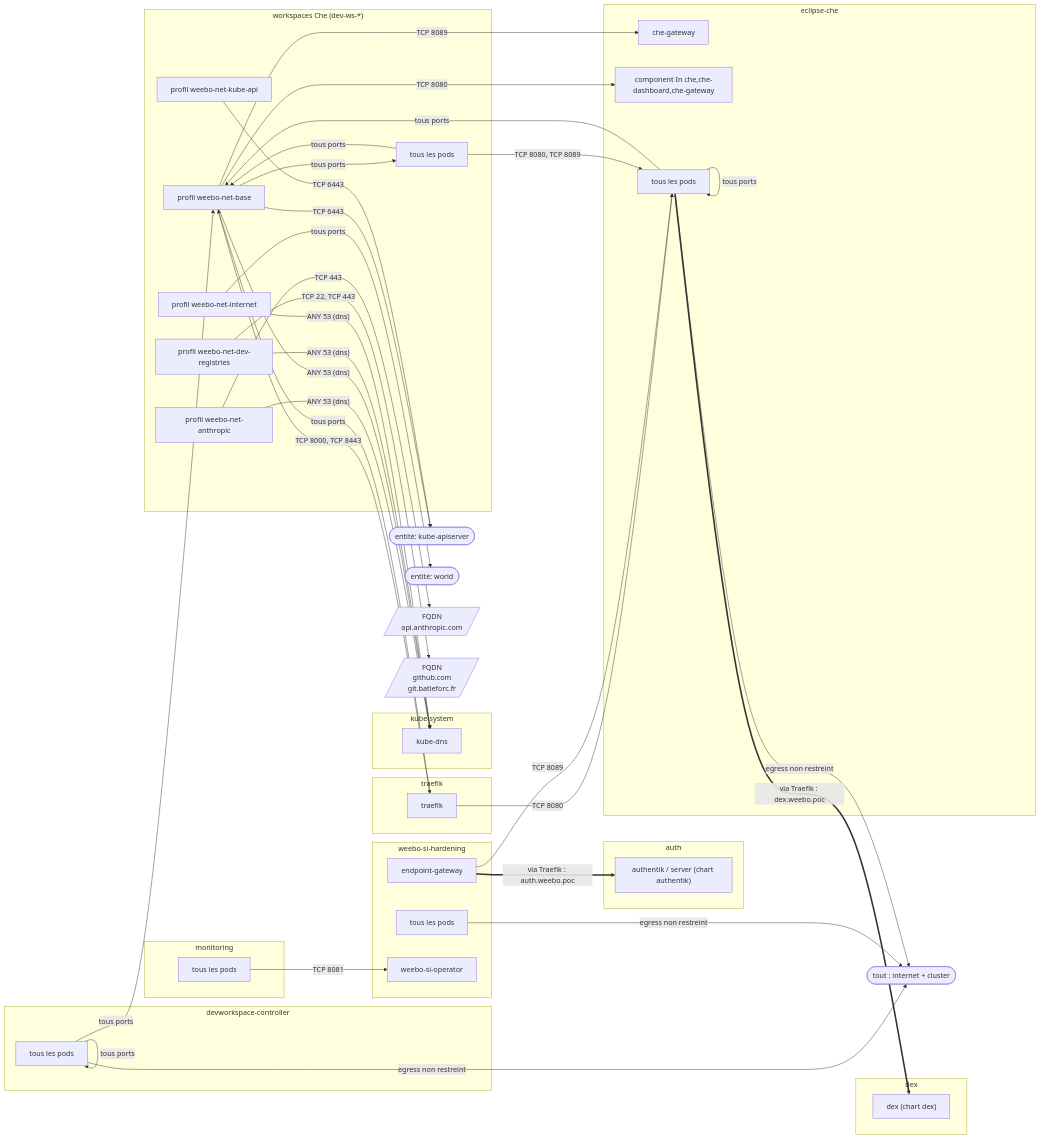
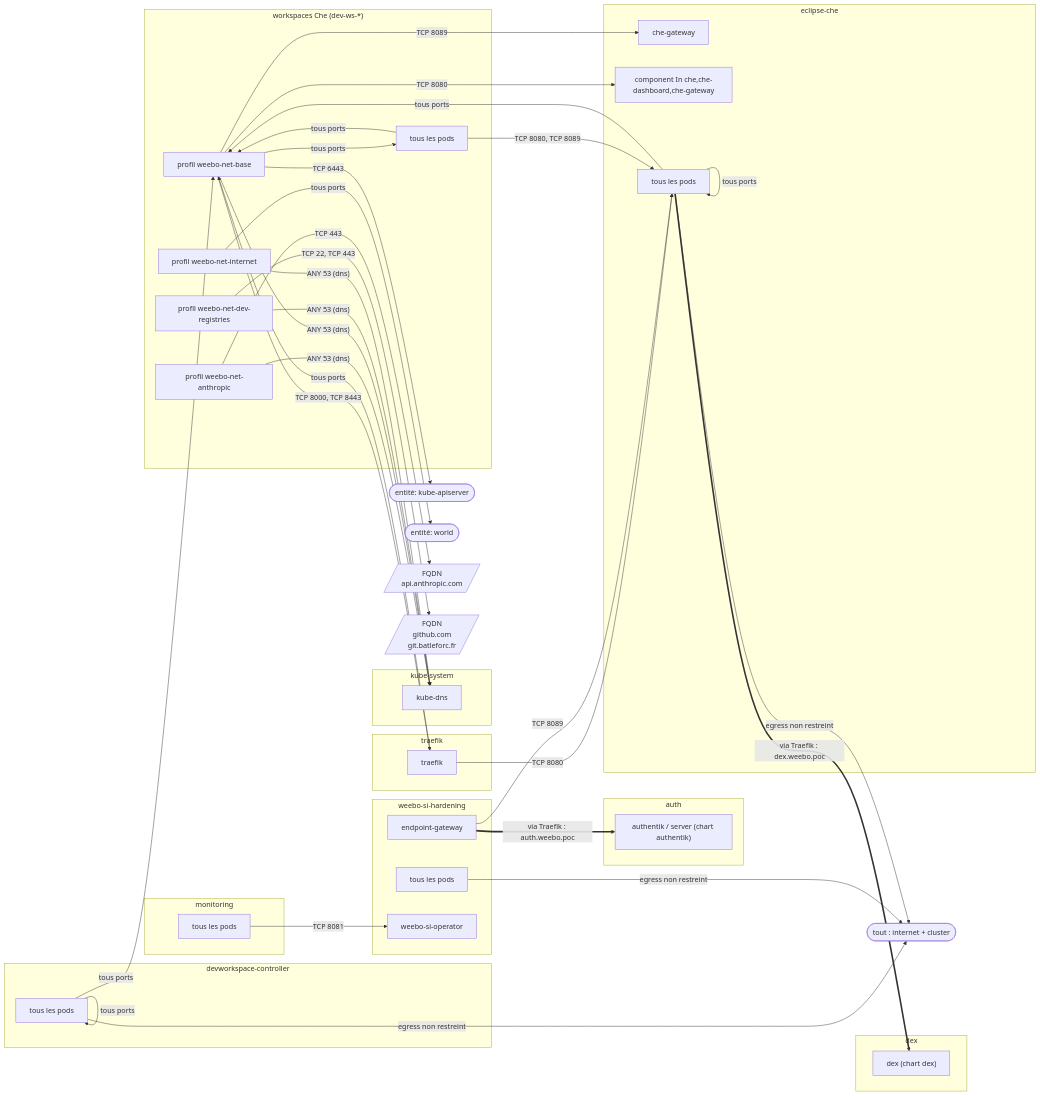
The first of 2 diagrams in 0.docs/content/docs/security/network-flows/che.mdx (batleforc/weebo-si), drawn with Mermaid before and after one commit. The commit also changed other lines of this file and 3 other files, not shown here.

First line of the commit message:
feat(hardening): KubeArmor Block in workspaces, token read limited to che-code and kubedock

````diff
--- a/0.docs/content/docs/security/network-flows/che.mdx
+++ b/0.docs/content/docs/security/network-flows/che.mdx
@@ -22,72 +22,70 @@
 ```mermaid
 flowchart LR
   n_entity_kube_apiserver_3b39a7(["entité: kube-apiserver"])
   n_entity_open_f65d5d(["tout : internet + cluster"])
   n_entity_world_1a2945(["entité: world"])
   n_fqdn_api_anthropic_com_41439f[/"FQDN<br/>api.anthropic.com"/]
   n_fqdn_github_com_git_batleforc_fr_c00a93[/"FQDN<br/>github.com<br/>git.batleforc.fr"/]
   subgraph ns_auth["auth"]
     n_ns_auth_3aba95["authentik / server (chart authentik)"]
   end
   subgraph ns_devworkspace_controller["devworkspace-controller"]
     n_ns_devworkspace_controller_3115b1["tous les pods"]
   end
   subgraph ns_dex["dex"]
     n_ns_dex_bea24e["dex (chart dex)"]
   end
   subgraph ns_eclipse_che["eclipse-che"]
     n_ns_eclipse_che_50dd3c["che-gateway"]
     n_ns_eclipse_che_2b9ac4["component In che,che-dashboard,che-gateway"]
     n_ns_eclipse_che_43d24e["tous les pods"]
   end
   subgraph ns_kube_system["kube-system"]
     n_ns_kube_system_9d0e37["kube-dns"]
   end
   subgraph ns_monitoring["monitoring"]
     n_ns_monitoring_1d4c40["tous les pods"]
   end
   subgraph ns_traefik["traefik"]
     n_ns_traefik_d50a8d["traefik"]
   end
   subgraph ns_weebo_si_hardening["weebo-si-hardening"]
     n_ns_weebo_si_hardening_98b8dc["endpoint-gateway"]
     n_ns_weebo_si_hardening_af5a96["tous les pods"]
     n_ns_weebo_si_hardening_973fb2["weebo-si-operator"]
   end
   subgraph ns_workspaces_Che__dev_ws___["workspaces Che (dev-ws-*)"]
     n_ns_workspaces_Che__dev_ws____07f3cd["profil weebo-net-anthropic"]
     n_ns_workspaces_Che__dev_ws____ac87b9["profil weebo-net-base"]
     n_ns_workspaces_Che__dev_ws____fa1322["profil weebo-net-dev-registries"]
     n_ns_workspaces_Che__dev_ws____01372c["profil weebo-net-internet"]
-    n_ns_workspaces_Che__dev_ws____e38a98["profil weebo-net-kube-api"]
     n_ns_workspaces_Che__dev_ws____a24264["tous les pods"]
   end
   n_ns_devworkspace_controller_3115b1 -->|"egress non restreint"| n_entity_open_f65d5d
   n_ns_devworkspace_controller_3115b1 -->|"tous ports"| n_ns_devworkspace_controller_3115b1
   n_ns_devworkspace_controller_3115b1 -->|"tous ports"| n_ns_workspaces_Che__dev_ws____ac87b9
   n_ns_eclipse_che_43d24e -->|"egress non restreint"| n_entity_open_f65d5d
   n_ns_eclipse_che_43d24e ==>|"via Traefik : dex.weebo.poc"| n_ns_dex_bea24e
   n_ns_eclipse_che_43d24e -->|"tous ports"| n_ns_eclipse_che_43d24e
   n_ns_eclipse_che_43d24e -->|"tous ports"| n_ns_workspaces_Che__dev_ws____ac87b9
   n_ns_monitoring_1d4c40 -->|"TCP 8081"| n_ns_weebo_si_hardening_973fb2
   n_ns_traefik_d50a8d -->|"TCP 8080"| n_ns_eclipse_che_43d24e
   n_ns_traefik_d50a8d -->|"tous ports"| n_ns_workspaces_Che__dev_ws____ac87b9
   n_ns_weebo_si_hardening_98b8dc ==>|"via Traefik : auth.weebo.poc"| n_ns_auth_3aba95
   n_ns_weebo_si_hardening_98b8dc -->|"TCP 8089"| n_ns_eclipse_che_43d24e
   n_ns_weebo_si_hardening_af5a96 -->|"egress non restreint"| n_entity_open_f65d5d
   n_ns_workspaces_Che__dev_ws____07f3cd -->|"TCP 443"| n_fqdn_api_anthropic_com_41439f
   n_ns_workspaces_Che__dev_ws____07f3cd -->|"ANY 53 (dns)"| n_ns_kube_system_9d0e37
   n_ns_workspaces_Che__dev_ws____ac87b9 -->|"TCP 6443"| n_entity_kube_apiserver_3b39a7
   n_ns_workspaces_Che__dev_ws____ac87b9 -->|"TCP 8089"| n_ns_eclipse_che_50dd3c
   n_ns_workspaces_Che__dev_ws____ac87b9 -->|"TCP 8080"| n_ns_eclipse_che_2b9ac4
   n_ns_workspaces_Che__dev_ws____ac87b9 -->|"ANY 53 (dns)"| n_ns_kube_system_9d0e37
   n_ns_workspaces_Che__dev_ws____ac87b9 -->|"TCP 8000, TCP 8443"| n_ns_traefik_d50a8d
   n_ns_workspaces_Che__dev_ws____ac87b9 -->|"tous ports"| n_ns_workspaces_Che__dev_ws____a24264
   n_ns_workspaces_Che__dev_ws____fa1322 -->|"TCP 22, TCP 443"| n_fqdn_github_com_git_batleforc_fr_c00a93
   n_ns_workspaces_Che__dev_ws____fa1322 -->|"ANY 53 (dns)"| n_ns_kube_system_9d0e37
   n_ns_workspaces_Che__dev_ws____01372c -->|"tous ports"| n_entity_world_1a2945
   n_ns_workspaces_Che__dev_ws____01372c -->|"ANY 53 (dns)"| n_ns_kube_system_9d0e37
-  n_ns_workspaces_Che__dev_ws____e38a98 -->|"TCP 6443"| n_entity_kube_apiserver_3b39a7
   n_ns_workspaces_Che__dev_ws____a24264 -->|"TCP 8080, TCP 8089"| n_ns_eclipse_che_43d24e
   n_ns_workspaces_Che__dev_ws____a24264 -->|"tous ports"| n_ns_workspaces_Che__dev_ws____ac87b9
 ```
````
